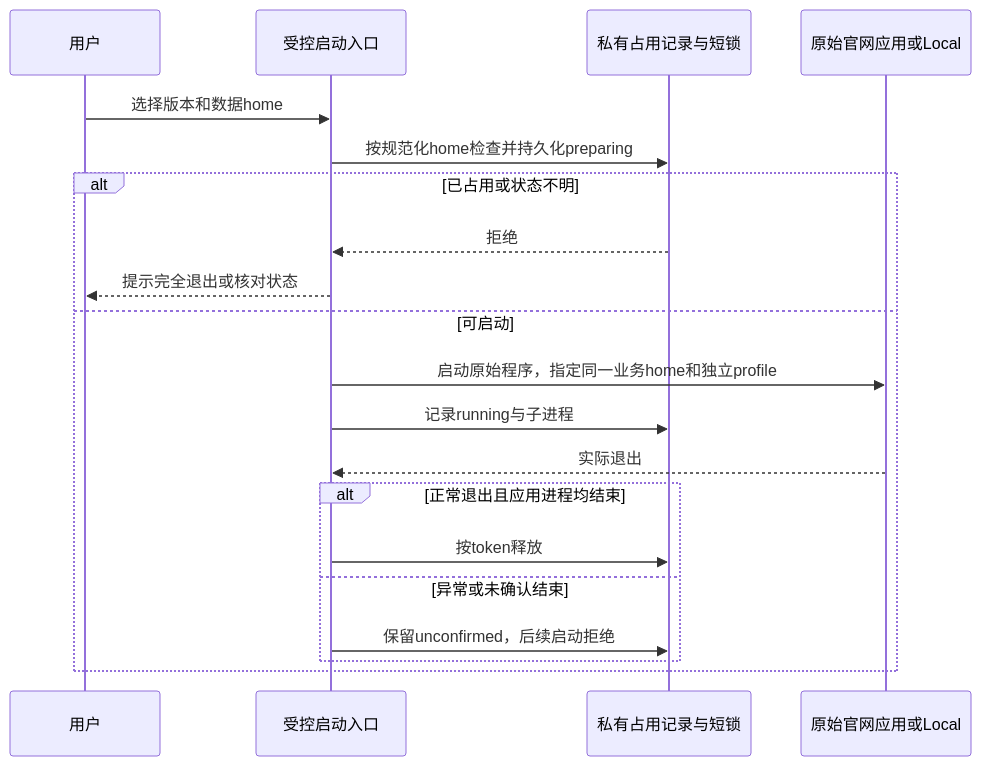
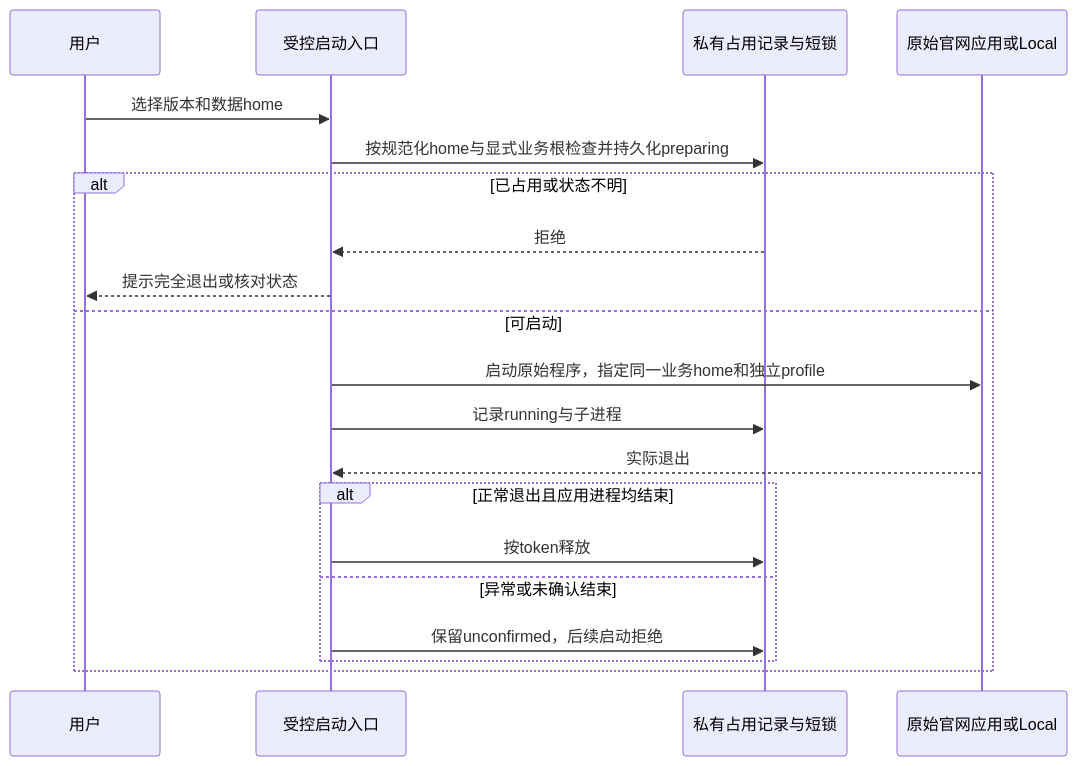
Before and after one commit to dengdz/ZCode: the diagram in docs/issues/zcode-local/03-data-compatibility-ownership.md, drawn with Mermaid. The commit also changed other lines of this file and 6 other files, not shown here.

````diff
--- a/docs/issues/zcode-local/03-data-compatibility-ownership.md
+++ b/docs/issues/zcode-local/03-data-compatibility-ownership.md
@@ -64,22 +73,22 @@
 ```mermaid
 sequenceDiagram
     participant U as 用户
     participant G as 受控启动入口
     participant L as 私有占用记录与短锁
     participant A as 原始官网应用或Local
     U->>G: 选择版本和数据home
-    G->>L: 按规范化home检查并持久化preparing
+    G->>L: 按规范化home与显式业务根检查并持久化preparing
     alt 已占用或状态不明
         L-->>G: 拒绝
         G-->>U: 提示完全退出或核对状态
     else 可启动
         G->>A: 启动原始程序，指定同一业务home和独立profile
         G->>L: 记录running与子进程
         A-->>G: 实际退出
         alt 正常退出且应用进程均结束
             G->>L: 按token释放
         else 异常或未确认结束
             G->>L: 保留unconfirmed，后续启动拒绝
         end
     end
 ```
````
